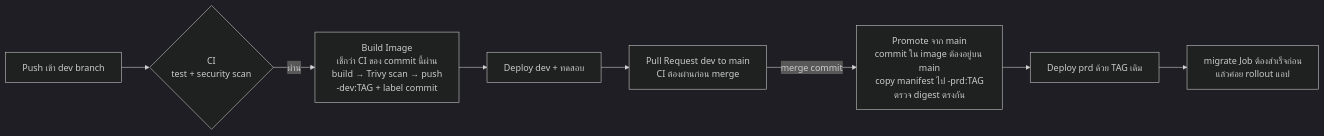
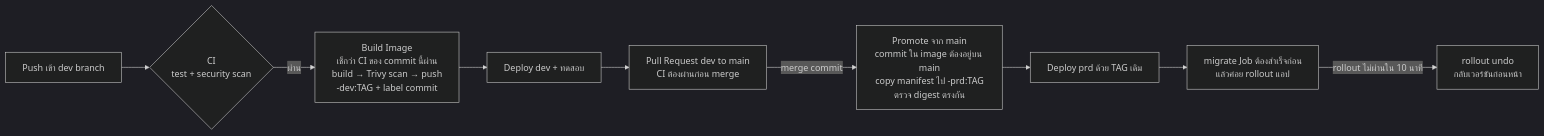
One commit to thanutgit/DevOpsMiniProject changed the second of 2 diagrams in README.md. Above: the diagram before and after it, drawn with Mermaid (dark theme). The commit also changed other lines of this file, not shown here.

````diff
--- a/README.md
+++ b/README.md
@@ -77,10 +77,11 @@
 ```mermaid
 flowchart LR
     Push[Push เข้า dev branch] --> CI{CI<br/>test + security scan}
     CI -->|ผ่าน| Build[Build Image<br/>เช็กว่า CI ของ commit นี้ผ่าน<br/>build → Trivy scan → push<br/>-dev:TAG + label commit]
     Build --> DevDeploy[Deploy dev + ทดสอบ]
     DevDeploy --> PR[Pull Request dev to main<br/>CI ต้องผ่านก่อน merge]
     PR -->|merge commit| Promote[Promote จาก main<br/>commit ใน image ต้องอยู่บน main<br/>copy manifest ไป -prd:TAG<br/>ตรวจ digest ตรงกัน]
     Promote --> PrdDeploy[Deploy prd ด้วย TAG เดิม]
     PrdDeploy --> K8s[migrate Job ต้องสำเร็จก่อน<br/>แล้วค่อย rollout แอป]
+    K8s -->|rollout ไม่ผ่านใน 10 นาที| Undo[rollout undo<br/>กลับเวอร์ชันก่อนหน้า]
 ```
````
